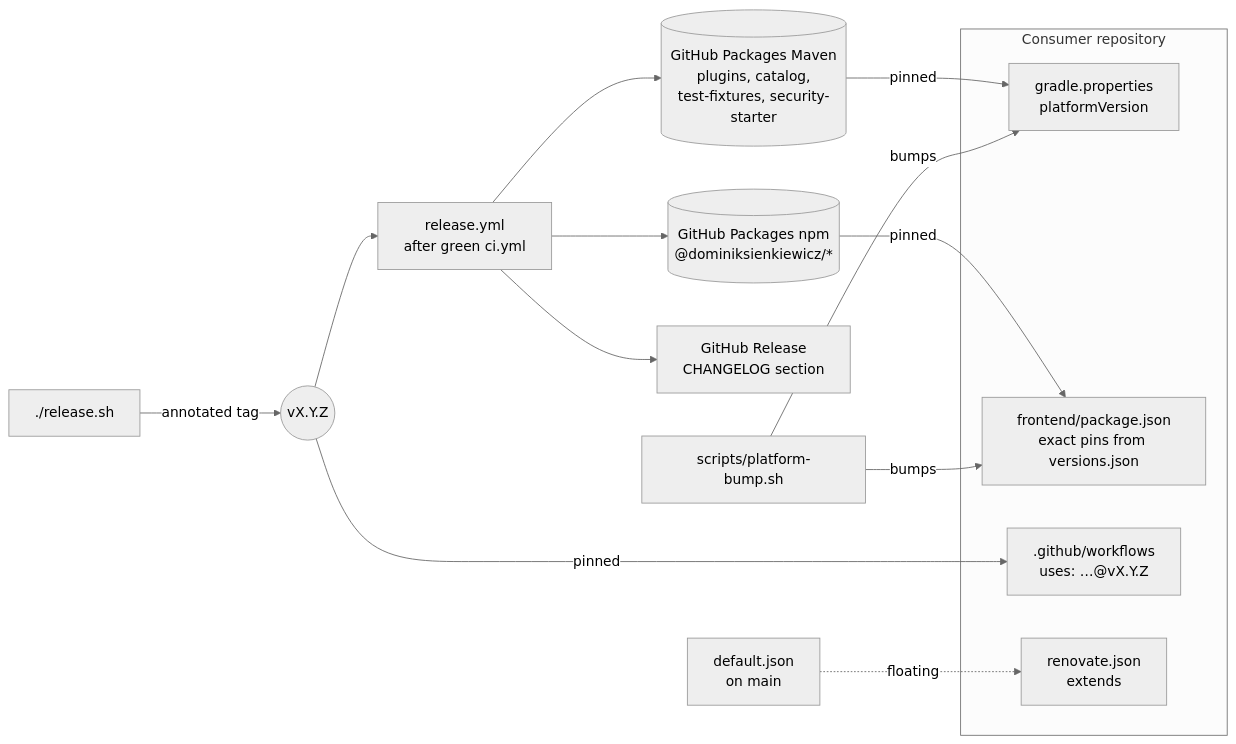
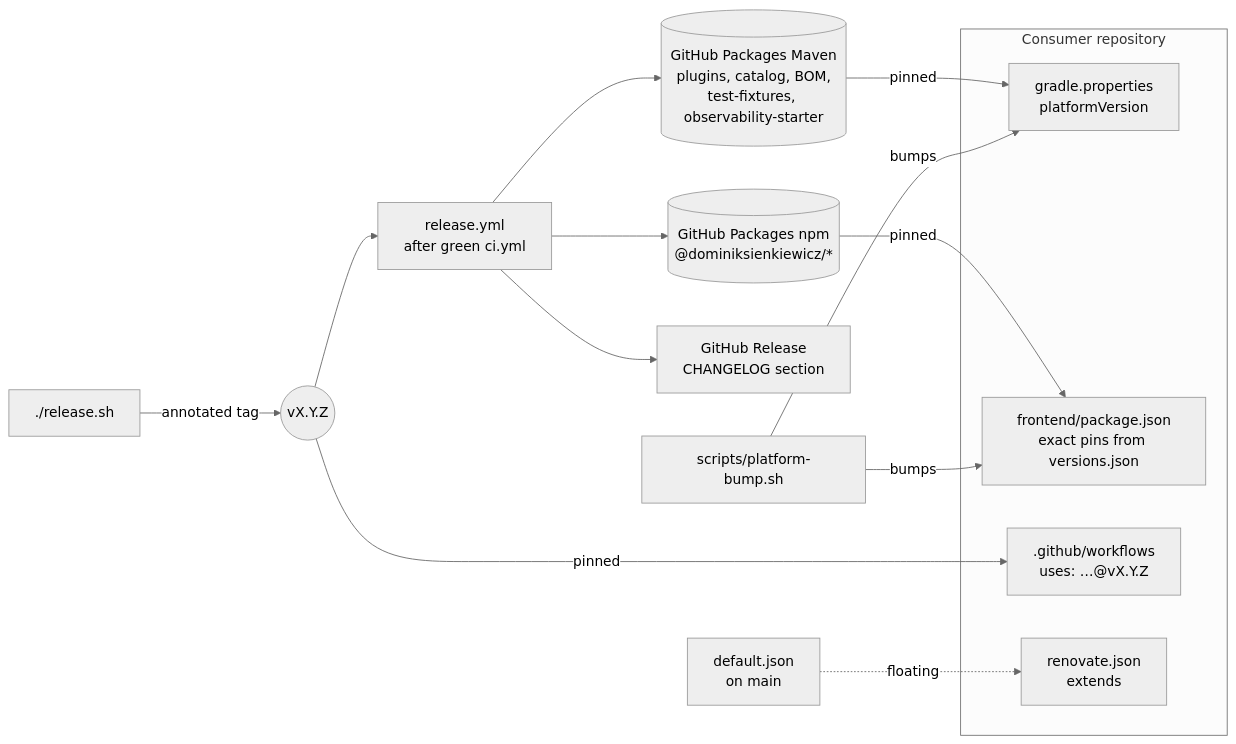
The first of 2 diagrams in README.md (DominikSienkiewicz/Platform), drawn with Mermaid (neutral theme) before and after one commit. The commit also changed other lines of this file and 115 other files, not shown here.

````diff
--- a/README.md
+++ b/README.md
@@ -143,24 +133,24 @@
 ```mermaid
 flowchart LR
   release["./release.sh"] -->|annotated tag| tag(("vX.Y.Z"))
   tag --> workflow["release.yml<br/>after green ci.yml"]
-  workflow --> maven[("GitHub Packages Maven<br/>plugins, catalog,<br/>test-fixtures, security-starter")]
+  workflow --> maven[("GitHub Packages Maven<br/>plugins, catalog, BOM,<br/>test-fixtures, observability-starter")]
   workflow --> npm[("GitHub Packages npm<br/>@dominiksienkiewicz/*")]
   workflow --> notes["GitHub Release<br/>CHANGELOG section"]
 
   preset["default.json<br/>on main"]
 
   subgraph consumer["Consumer repository"]
     gradlePins["gradle.properties<br/>platformVersion"]
     npmPins["frontend/package.json<br/>exact pins from versions.json"]
     callers[".github/workflows<br/>uses: …@vX.Y.Z"]
     renovate["renovate.json<br/>extends"]
   end
 
   maven -->|pinned| gradlePins
   npm -->|pinned| npmPins
   tag -->|pinned| callers
   preset -.->|floating| renovate
   bump["scripts/platform-bump.sh"] -->|bumps| gradlePins
   bump -->|bumps| npmPins
 ```
````
